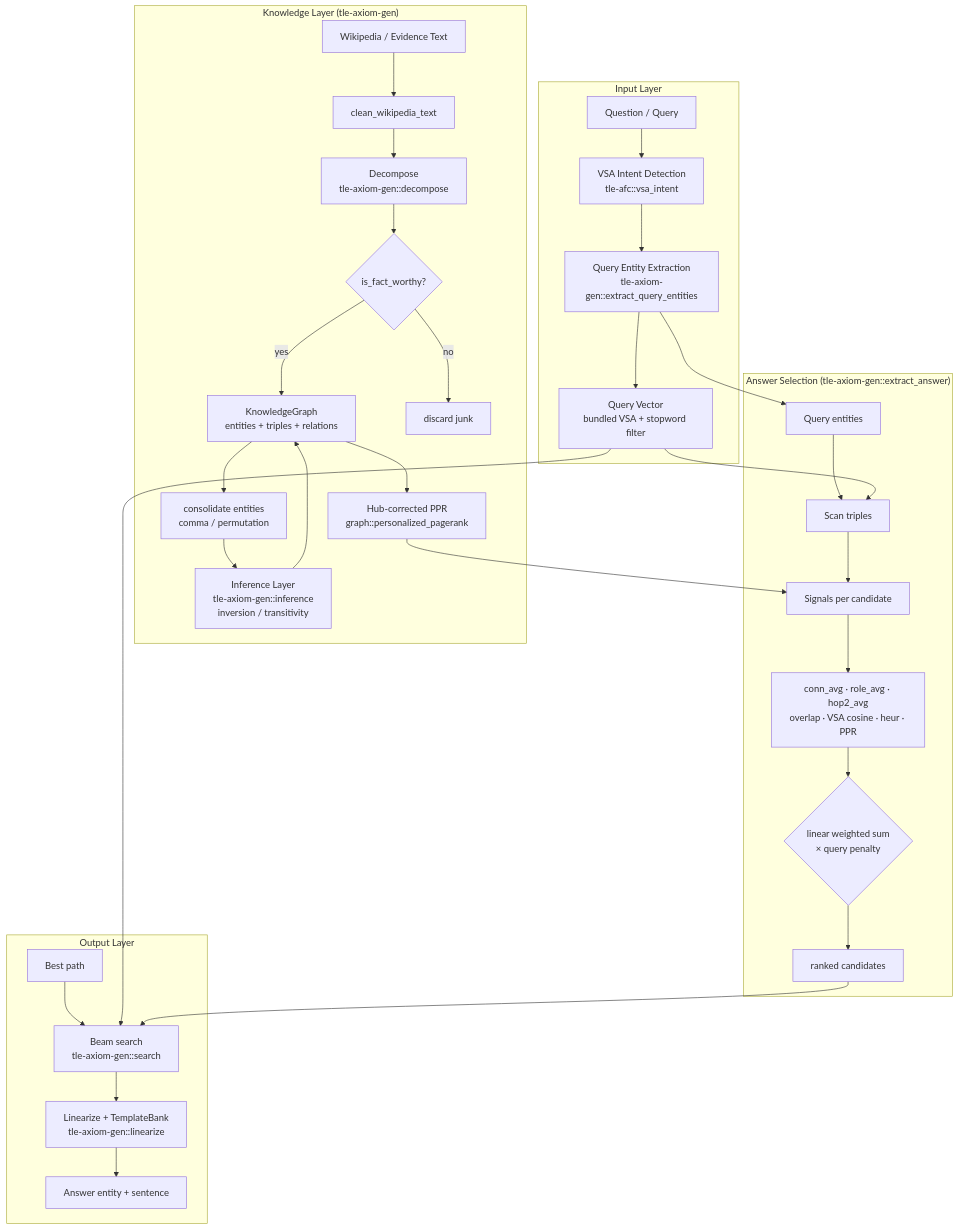
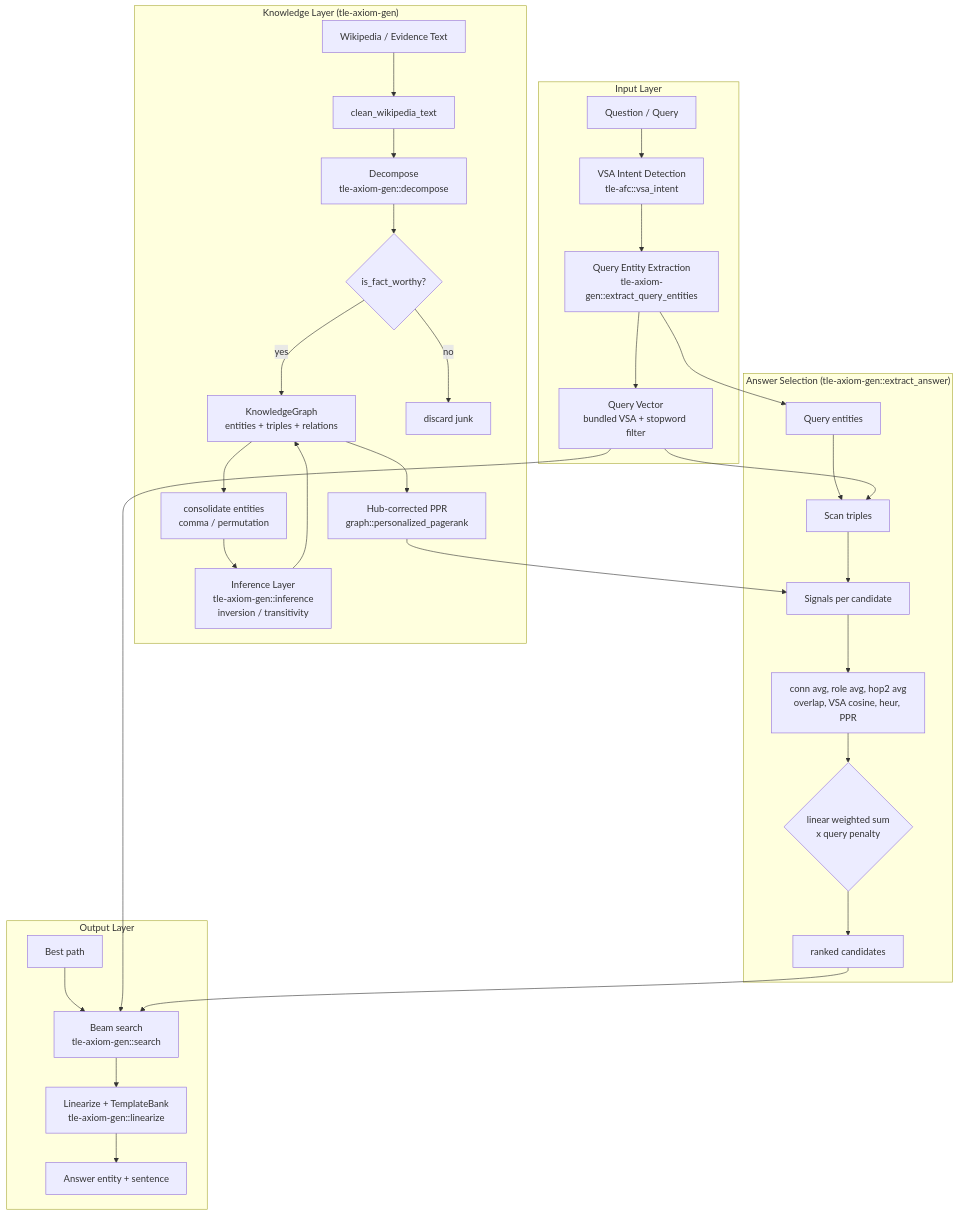
The first of 3 diagrams in README.md (Eakkachad/AXIOM), drawn with Mermaid before and after one commit. The commit also changed other lines of this file, not shown here.

First line of the commit message:
v15: fix remaining mermaid parse errors (ascii-only labels)

````diff
--- a/README.md
+++ b/README.md
@@ -85,40 +85,40 @@
 ```mermaid
 flowchart TD
     subgraph IN["Input Layer"]
         A1[Question / Query] --> A2[VSA Intent Detection<br/>tle-afc::vsa_intent]
         A2 --> A3[Query Entity Extraction<br/>tle-axiom-gen::extract_query_entities]
         A3 --> A4[Query Vector<br/>bundled VSA + stopword filter]
     end
 
     subgraph KG["Knowledge Layer (tle-axiom-gen)"]
         B1[Wikipedia / Evidence Text] --> B2[clean_wikipedia_text]
         B2 --> B3[Decompose<br/>tle-axiom-gen::decompose]
         B3 --> B4{is_fact_worthy?}
         B4 -->|yes| B5[KnowledgeGraph<br/>entities + triples + relations]
         B4 -->|no| B6[discard junk]
         B5 --> B7[consolidate entities<br/>comma / permutation]
         B7 --> B8[Inference Layer<br/>tle-axiom-gen::inference<br/>inversion / transitivity]
         B8 --> B5
         B5 --> B9[Hub-corrected PPR<br/>graph::personalized_pagerank]
     end
 
     subgraph RANK["Answer Selection (tle-axiom-gen::extract_answer)"]
         C1[Query entities] --> C2[Scan triples]
         C2 --> C3[Signals per candidate]
-        C3 --> C4[conn_avg · role_avg · hop2_avg<br/>overlap · VSA cosine · heur · PPR]
-        C4 --> C5{linear weighted sum<br/>× query penalty}
+        C3 -->         C4[conn avg, role avg, hop2 avg<br/>overlap, VSA cosine, heur, PPR]
+        C4 --> C5{linear weighted sum<br/>x query penalty}
         C5 --> C6[ranked candidates]
     end
 
     subgraph OUT["Output Layer"]
         D1[Best path] --> D2[Beam search<br/>tle-axiom-gen::search]
         D2 --> D3[Linearize + TemplateBank<br/>tle-axiom-gen::linearize]
         D3 --> D4[Answer entity + sentence]
     end
 
     A4 --> C2
     A3 --> C1
     A4 --> D2
     B9 --> C3
     C6 --> D2
 ```
````
